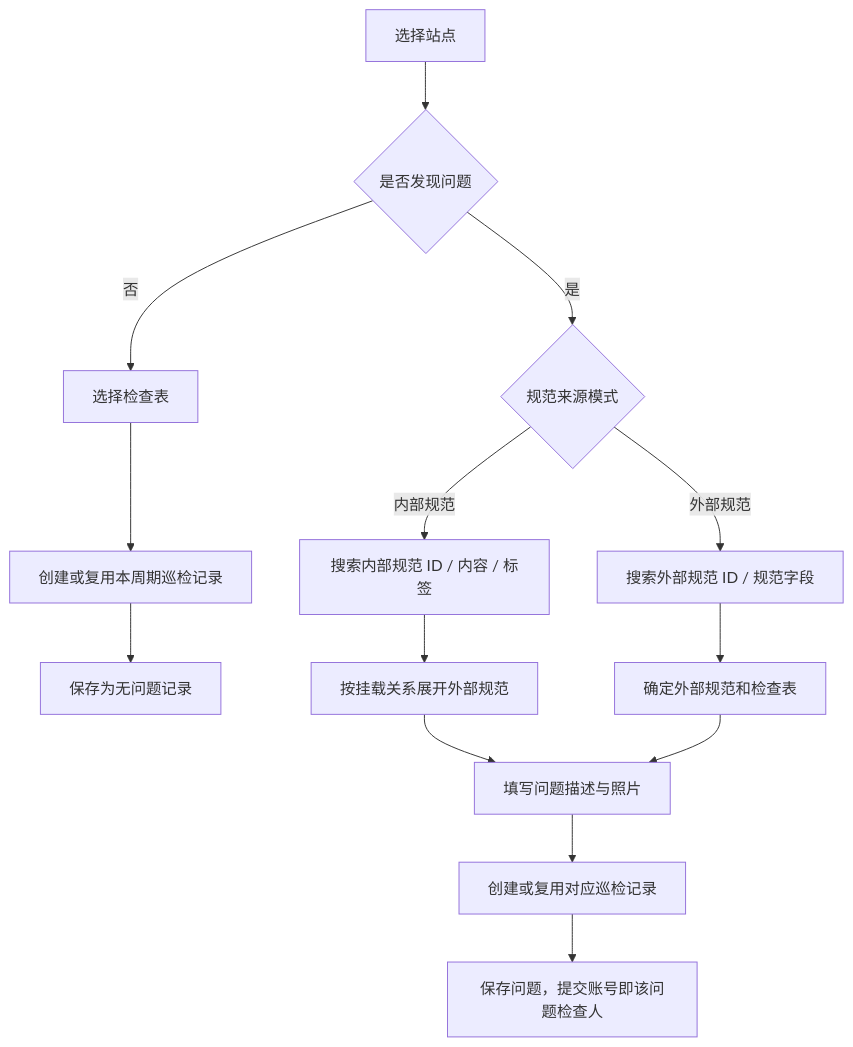
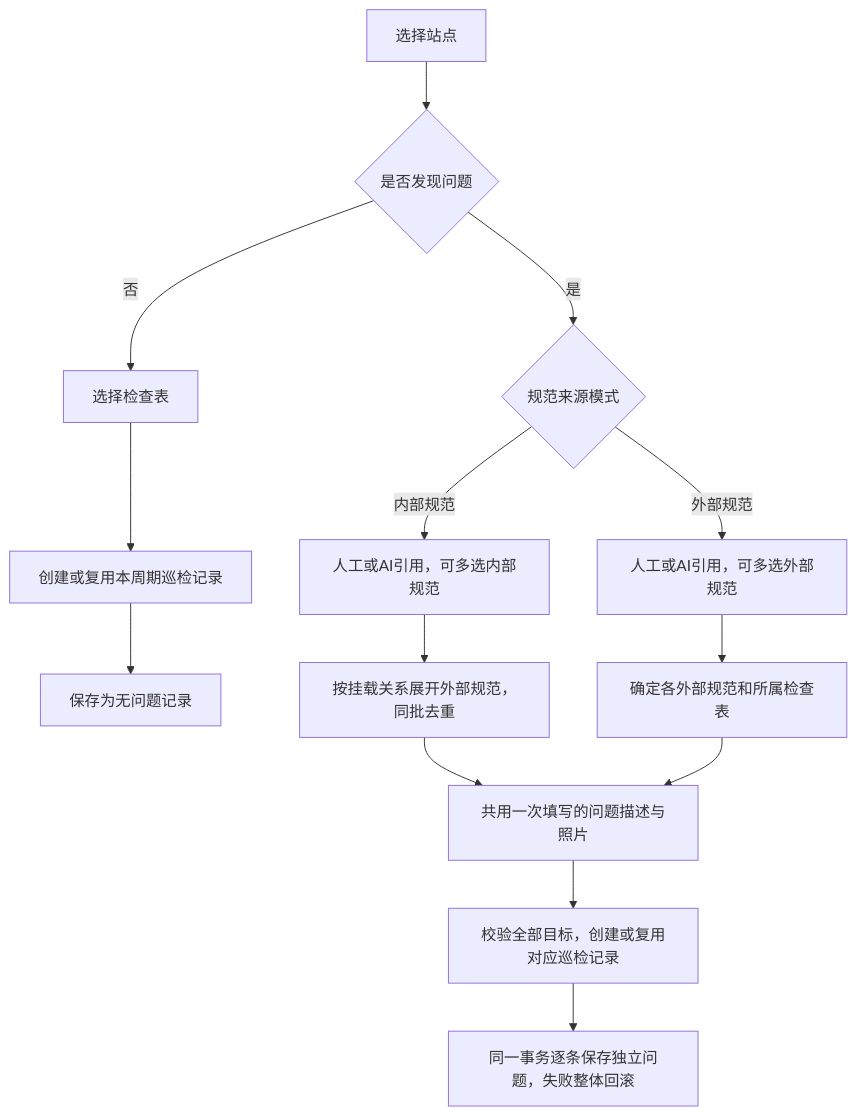
The fourth of 11 diagrams in README.md (HanchengZuo/ywddzx-smart-platform), drawn with Mermaid before and after one commit. The commit also changed other lines of this file and 10 other files, not shown here.

````diff
--- a/README.md
+++ b/README.md
@@ -198,17 +204,17 @@
 ```mermaid
 flowchart TD
     A[选择站点] --> B{是否发现问题}
     B -->|否| C[选择检查表]
     C --> D[创建或复用本周期巡检记录]
     D --> E[保存为无问题记录]
 
     B -->|是| F{规范来源模式}
-    F -->|内部规范| G[搜索内部规范 ID / 内容 / 标签]
-    F -->|外部规范| H[搜索外部规范 ID / 规范字段]
-    G --> I[按挂载关系展开外部规范]
-    H --> J[确定外部规范和检查表]
-    I --> K[填写问题描述与照片]
+    F -->|内部规范| G[人工或AI引用，可多选内部规范]
+    F -->|外部规范| H[人工或AI引用，可多选外部规范]
+    G --> I[按挂载关系展开外部规范，同批去重]
+    H --> J[确定各外部规范和所属检查表]
+    I --> K[共用一次填写的问题描述与照片]
     J --> K
-    K --> L[创建或复用对应巡检记录]
-    L --> M[保存问题，提交账号即该问题检查人]
+    K --> L[校验全部目标，创建或复用对应巡检记录]
+    L --> M[同一事务逐条保存独立问题，失败整体回滚]
 ```
````
